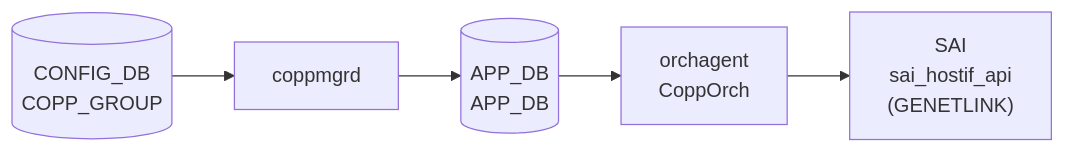
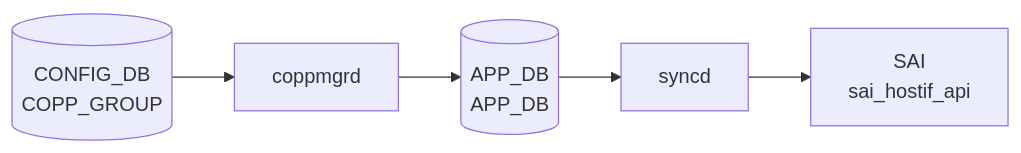
The diagram in docs/reference/config-db/copp-port.md (aoki-taquan/sonic-unofficial-docs), drawn with Mermaid before and after one commit. The commit also changed other lines of this file and 359 other files, not shown here.

````diff
--- a/docs/reference/config-db/copp-port.md
+++ b/docs/reference/config-db/copp-port.md
@@ -41,12 +41,12 @@
 ```mermaid
 flowchart LR
   CDB[("CONFIG_DB<br/>COPP_GROUP")]
   DM["coppmgrd"]
   CDB --> DM
   APPDB[("APP_DB<br/>APP_DB")]
   DM --> APPDB
-  OA["orchagent<br/>CoppOrch"]
-  APPDB --> OA
-  SAI["SAI<br/>sai_hostif_api<br/>(GENETLINK)"]
-  OA --> SAI
+  SYNCD["syncd"]
+  APPDB --> SYNCD
+  SAI["SAI<br/>sai_hostif_api"]
+  SYNCD --> SAI
 ```
````
